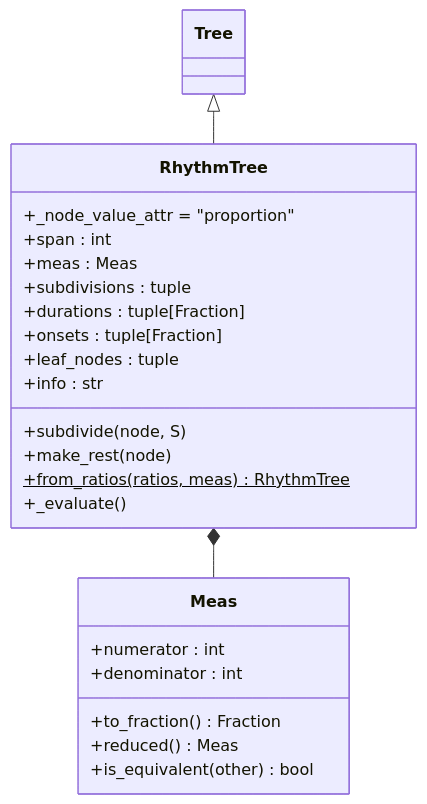
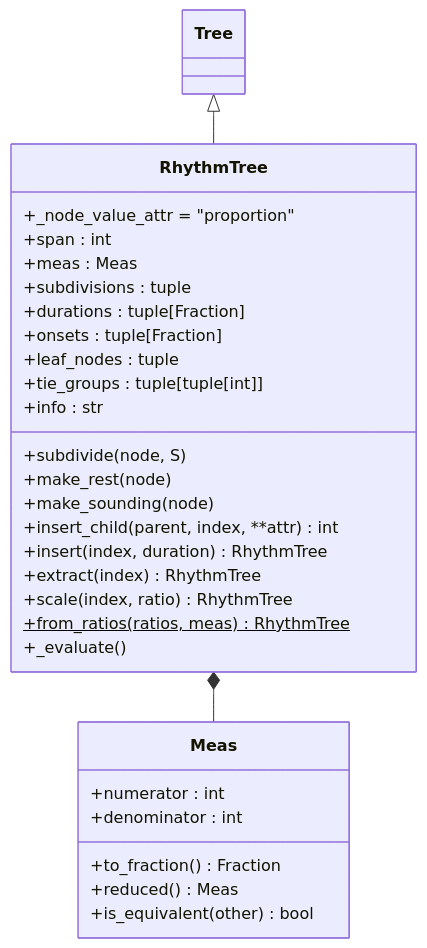
The first of 7 diagrams in docs/architecture/02_CHRONOS.md (kr4g/Klotho), drawn with Mermaid before and after one commit. The commit also changed other lines of this file and 1 other file, not shown here.

First line of the commit message:
docs: correct chronos/topos architecture against the Chapter-4 span

````diff
--- a/docs/architecture/02_CHRONOS.md
+++ b/docs/architecture/02_CHRONOS.md
@@ -51,29 +55,35 @@
 ```mermaid
 classDiagram
     Tree <|-- RhythmTree
 
     class RhythmTree {
         +_node_value_attr = "proportion"
         +span : int
         +meas : Meas
         +subdivisions : tuple
         +durations : tuple[Fraction]
         +onsets : tuple[Fraction]
         +leaf_nodes : tuple
+        +tie_groups : tuple[tuple[int]]
         +info : str
         +subdivide(node, S)
         +make_rest(node)
+        +make_sounding(node)
+        +insert_child(parent, index, **attr) int
+        +insert(index, duration) RhythmTree
+        +extract(index) RhythmTree
+        +scale(index, ratio) RhythmTree
         +from_ratios(ratios, meas) RhythmTree$
         +_evaluate()
     }
 
     class Meas {
         +numerator : int
         +denominator : int
         +to_fraction() Fraction
         +reduced() Meas
         +is_equivalent(other) bool
     }
 
     RhythmTree *-- Meas
 ```
````
